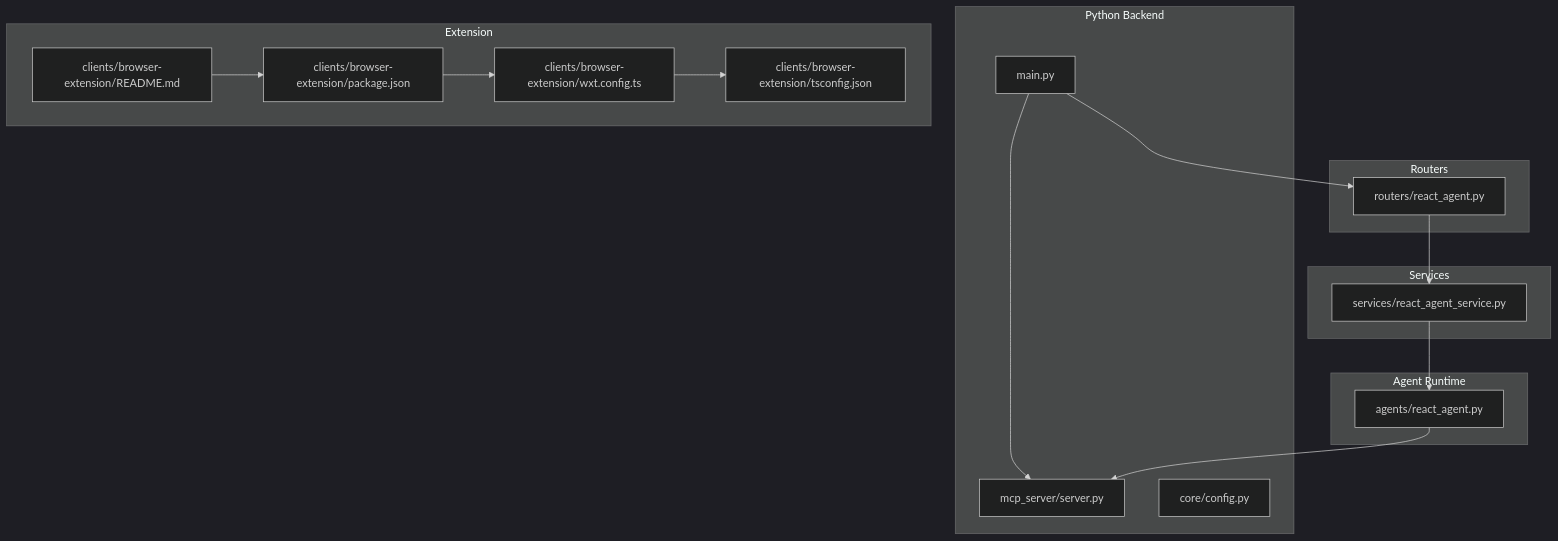
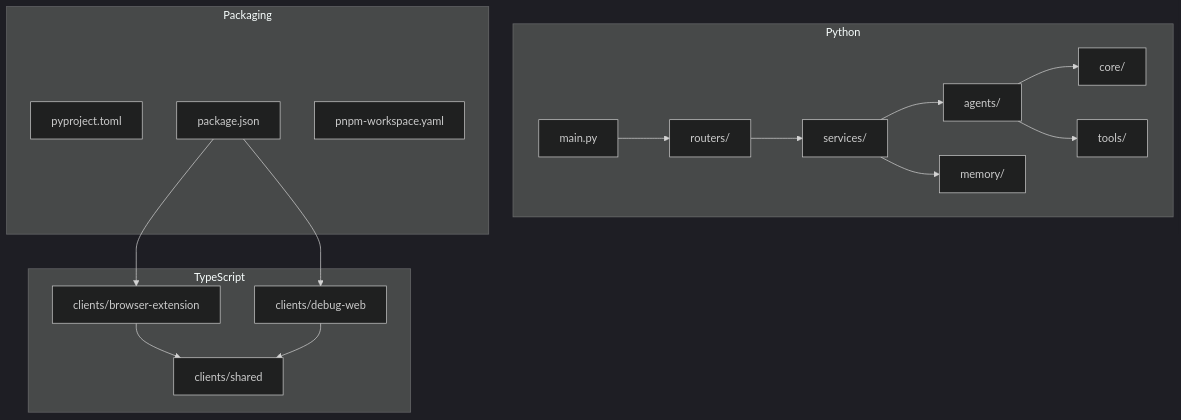
One commit to tashifkhan/tashif.codes changed the first of 5 diagrams in src/data/docs/agentic-browser/Development Guidelines.md. Above: the diagram before and after it, drawn with Mermaid (dark theme). The commit also changed other lines of this file and 114 other files, not shown here.

````diff
--- a/src/data/docs/agentic-browser/Development Guidelines.md
+++ b/src/data/docs/agentic-browser/Development Guidelines.md
@@ -18,31 +17,32 @@
 ```mermaid
 graph TB
-subgraph "Python Backend"
-MAIN["main.py"]
-MCP_SRV["mcp_server/server.py"]
-CFG["core/config.py"]
-end
-subgraph "Agent Runtime"
-REACT_AGENT["agents/react_agent.py"]
-end
-subgraph "Services"
-REACT_SVC["services/react_agent_service.py"]
-end
-subgraph "Routers"
-REACT_ROUTER["routers/react_agent.py"]
-end
-subgraph "Extension"
-EXT_README["clients/browser-extension/README.md"]
-PKG["clients/browser-extension/package.json"]
-WXT["clients/browser-extension/wxt.config.ts"]
-TSCONFIG["clients/browser-extension/tsconfig.json"]
-end
-MAIN --> MCP_SRV
-MAIN --> REACT_ROUTER
-REACT_ROUTER --> REACT_SVC
-REACT_SVC --> REACT_AGENT
-REACT_AGENT --> MCP_SRV
-EXT_README --> PKG
-PKG --> WXT
-WXT --> TSCONFIG
+  subgraph "Python"
+    MAIN["main.py"]
+    R["routers/"]
+    S["services/"]
+    A["agents/"]
+    M["memory/"]
+    C["core/"]
+    T["tools/"]
+  end
+  subgraph "TypeScript"
+    EXT["clients/browser-extension"]
+    CON["clients/debug-web"]
+    SH["clients/shared"]
+  end
+  subgraph "Packaging"
+    PY["pyproject.toml"]
+    PKG["package.json"]
+    WS["pnpm-workspace.yaml"]
+  end
+  MAIN --> R
+  R --> S
+  S --> A
+  S --> M
+  A --> C
+  A --> T
+  EXT --> SH
+  CON --> SH
+  PKG --> EXT
+  PKG --> CON
 ```
````
